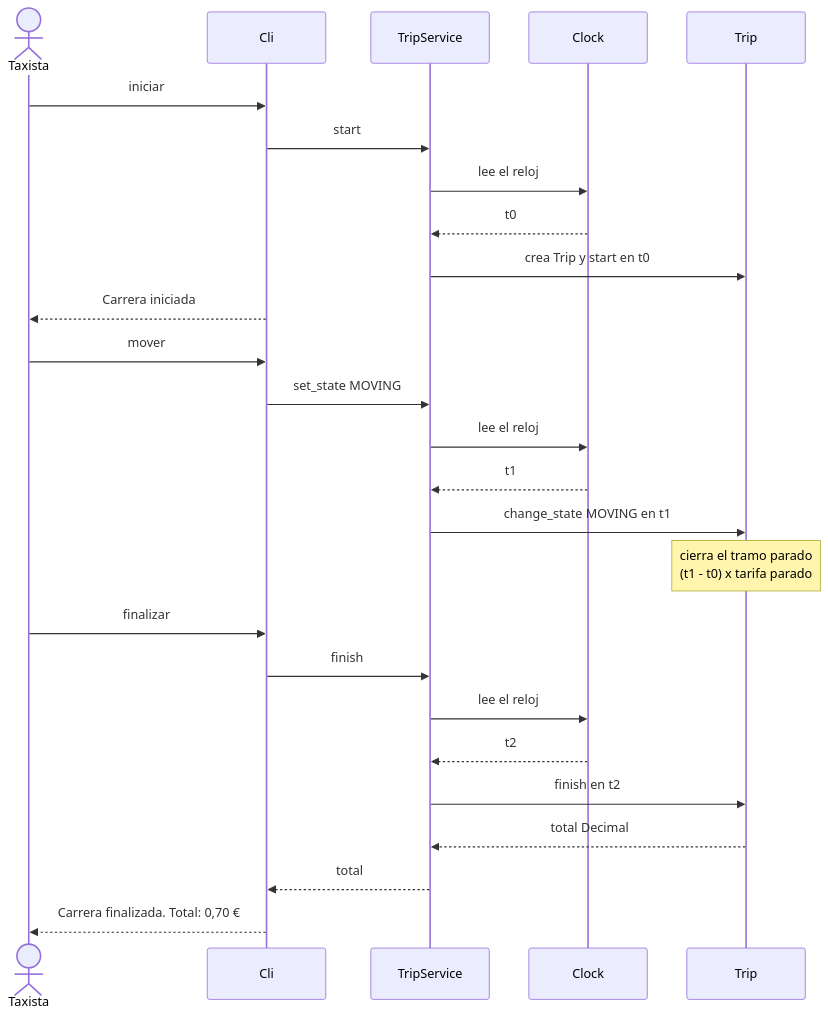
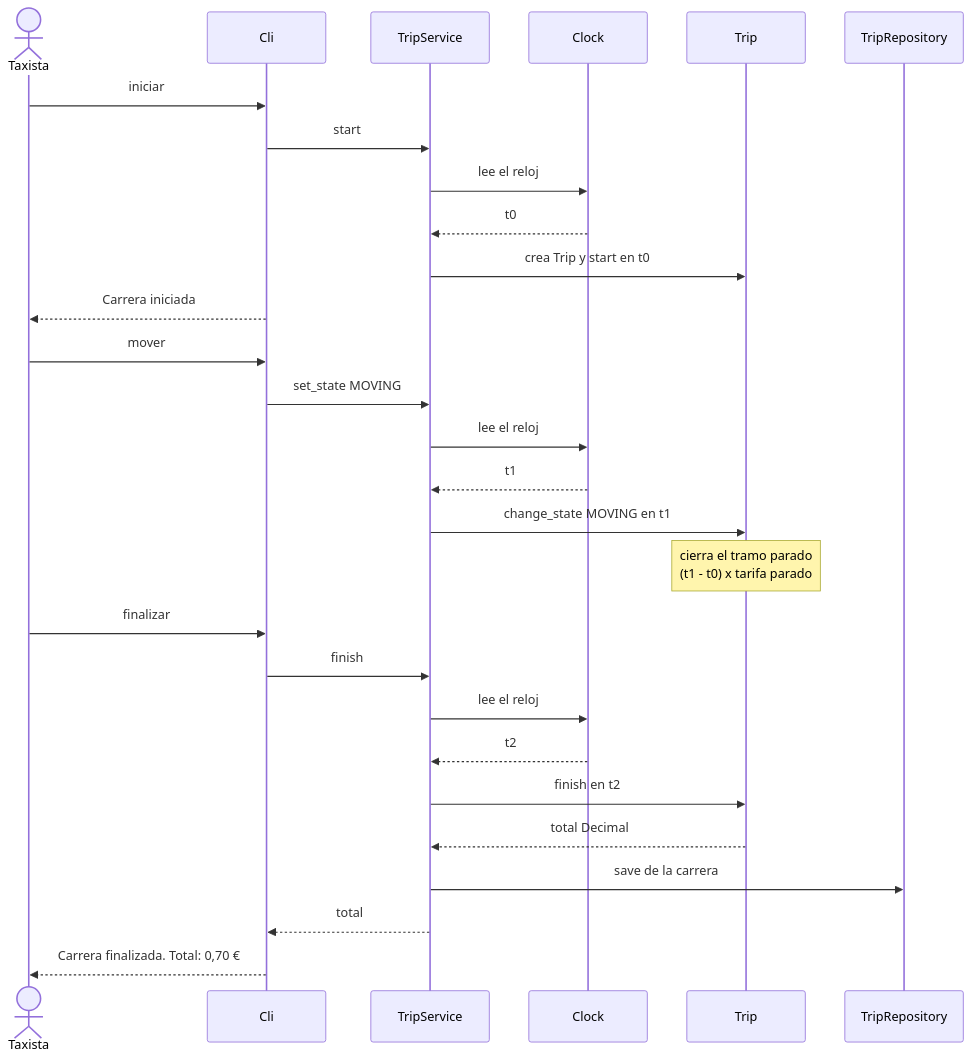
The third of 4 diagrams in docs/architecture.md (josegalindo-aidev/F5-project-py-taximetro), drawn with Mermaid before and after one commit. The commit also changed other lines of this file and 3 other files, not shown here.

````diff
--- a/docs/architecture.md
+++ b/docs/architecture.md
@@ -254,31 +306,33 @@
 ```mermaid
 sequenceDiagram
     actor U as Taxista
     participant C as Cli
     participant S as TripService
     participant K as Clock
     participant T as Trip
+    participant R as TripRepository
 
     U->>C: iniciar
     C->>S: start
     S->>K: lee el reloj
     K-->>S: t0
     S->>T: crea Trip y start en t0
     C-->>U: Carrera iniciada
 
     U->>C: mover
     C->>S: set_state MOVING
     S->>K: lee el reloj
     K-->>S: t1
     S->>T: change_state MOVING en t1
     Note over T: cierra el tramo parado<br/>(t1 - t0) x tarifa parado
 
     U->>C: finalizar
     C->>S: finish
     S->>K: lee el reloj
     K-->>S: t2
     S->>T: finish en t2
     T-->>S: total Decimal
+    S->>R: save de la carrera
     S-->>C: total
     C-->>U: Carrera finalizada. Total: 0,70 €
 ```
````
